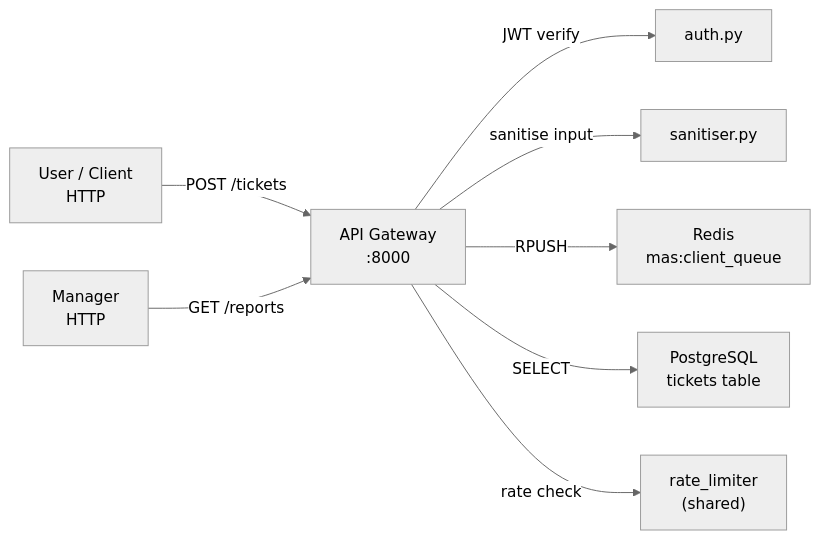
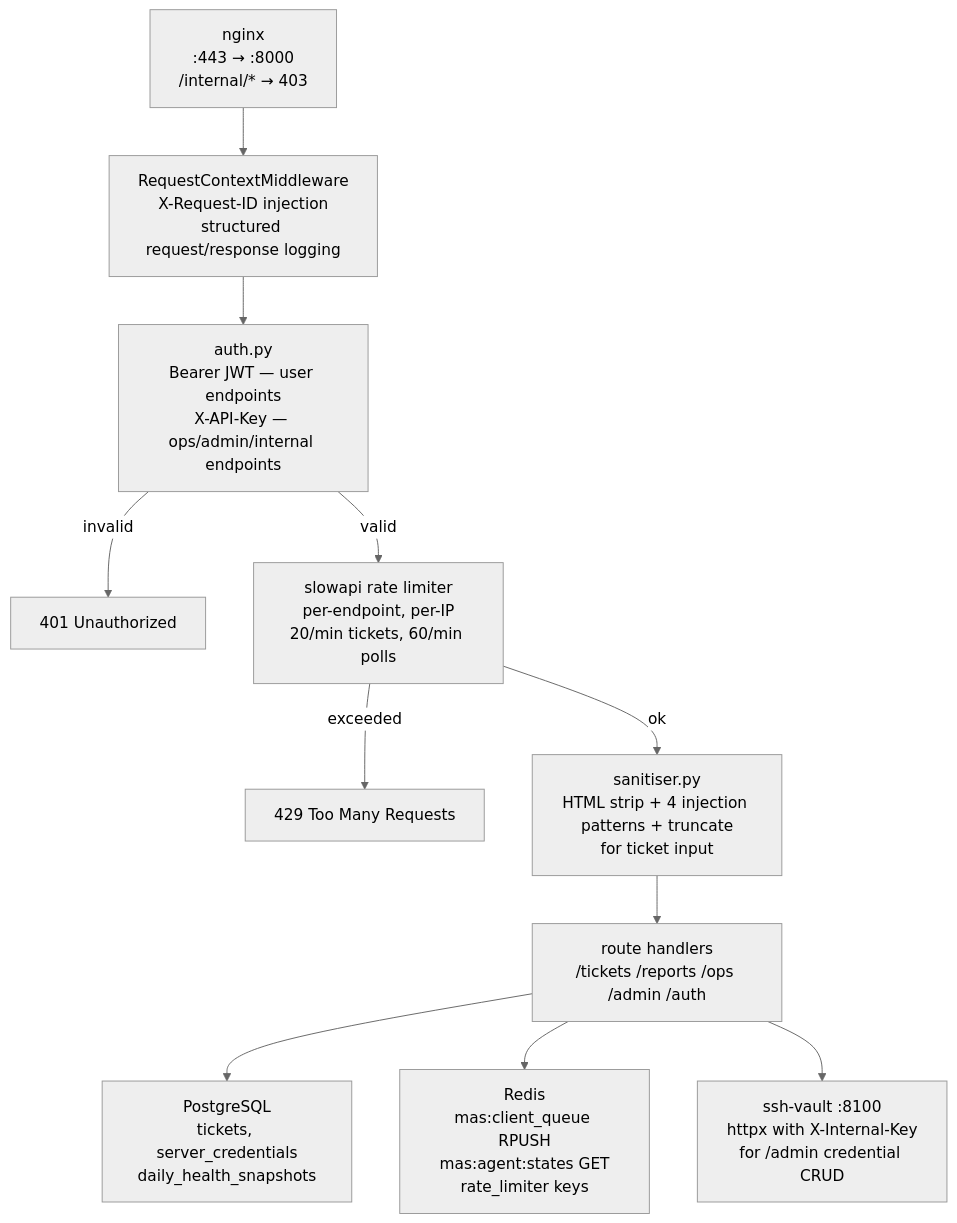
One commit to MT121201/SentinelMAS changed the first of 2 diagrams in services/api-gateway/README.md. Above: the diagram before and after it, drawn with Mermaid (neutral theme). The commit also changed other lines of this file and 2 other files, not shown here.

First line of the commit message:
docs: two-tier READMEs for ssh-vault, api-gateway, shared (Phase 1-2 retroactive)

````diff
--- a/services/api-gateway/README.md
+++ b/services/api-gateway/README.md
@@ -11,11 +73,14 @@
 ```mermaid
-flowchart LR
-    User["User / Client\nHTTP"] -->|POST /tickets| GW
-    Manager["Manager\nHTTP"] -->|GET /reports| GW
-    GW["API Gateway\n:8000"]
-    GW -->|JWT verify| Auth["auth.py"]
-    GW -->|sanitise input| San["sanitiser.py"]
-    GW -->|RPUSH| Queue["Redis\nmas:client_queue"]
-    GW -->|SELECT| DB["PostgreSQL\ntickets table"]
-    GW -->|rate check| RL["rate_limiter\n(shared)"]
+flowchart TD
+    NGINX["nginx\n:443 → :8000\n/internal/* → 403"]
+    NGINX --> MW["RequestContextMiddleware\nX-Request-ID injection\nstructured request/response logging"]
+    MW --> AUTH["auth.py\nBearer JWT — user endpoints\nX-API-Key — ops/admin/internal endpoints"]
+    AUTH -->|invalid| 401["401 Unauthorized"]
+    AUTH -->|valid| RL["slowapi rate limiter\nper-endpoint, per-IP\n20/min tickets, 60/min polls"]
+    RL -->|exceeded| 429["429 Too Many Requests"]
+    RL -->|ok| SAN["sanitiser.py\nHTML strip + 4 injection patterns + truncate\nfor ticket input"]
+    SAN --> ROUTE["route handlers\n/tickets /reports /ops /admin /auth"]
+    ROUTE --> DB["PostgreSQL\ntickets, server_credentials\ndaily_health_snapshots"]
+    ROUTE --> REDIS["Redis\nmas:client_queue RPUSH\nmas:agent:states GET\nrate_limiter keys"]
+    ROUTE --> VAULT["ssh-vault :8100\nhttpx with X-Internal-Key\nfor /admin credential CRUD"]
 ```
````
